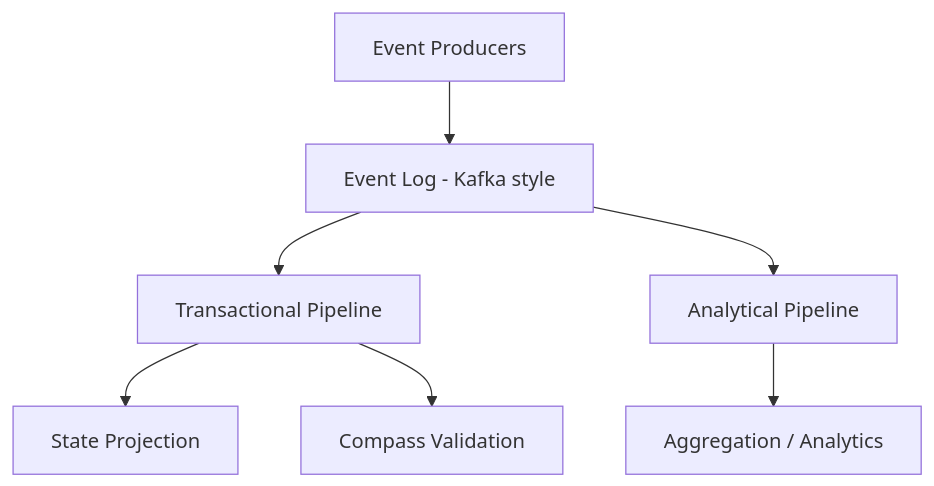
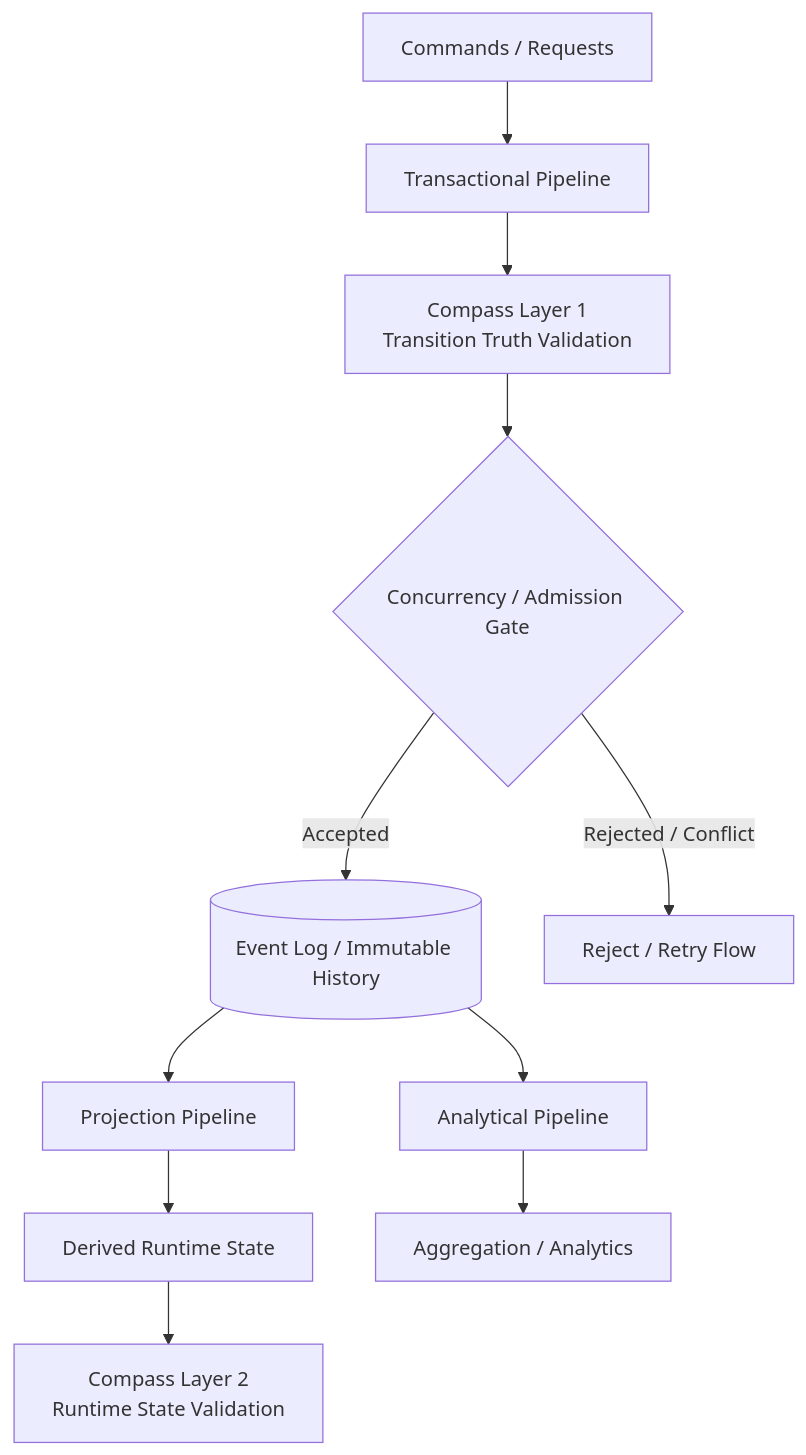
Before and after one commit to hikaru-212/streaming-system-compass: the diagram in README.md, drawn with Mermaid. The commit also changed other lines of this file and 25 other files, not shown here.

````diff
--- a/README.md
+++ b/README.md
@@ -37,12 +37,19 @@
 ```mermaid
 flowchart TD
-    A[Event Producers] --> B[Event Log - Kafka style]
+    %% Write-Side / Transactional Path
+    A[Commands / Requests] --> B[Transactional Pipeline]
+    B --> C[Compass Layer 1<br/>Transition Truth Validation]
+    C --> D{Concurrency / Admission Gate}
 
-    B --> C[Transactional Pipeline]
-    B --> D[Analytical Pipeline]
+    D -- Accepted --> E[(Event Log / Immutable History)]
+    D -- Rejected / Conflict --> R[Reject / Retry Flow]
 
-    C --> E[State Projection]
-    C --> F[Compass Validation]
+    %% Read-Side / Projection and Analytics
+    E --> F[Projection Pipeline]
+    E --> G[Analytical Pipeline]
 
-    D --> G[Aggregation / Analytics]
+    F --> H[Derived Runtime State]
+    H --> I[Compass Layer 2<br/>Runtime State Validation]
+
+    G --> J[Aggregation / Analytics]
 ```
````
